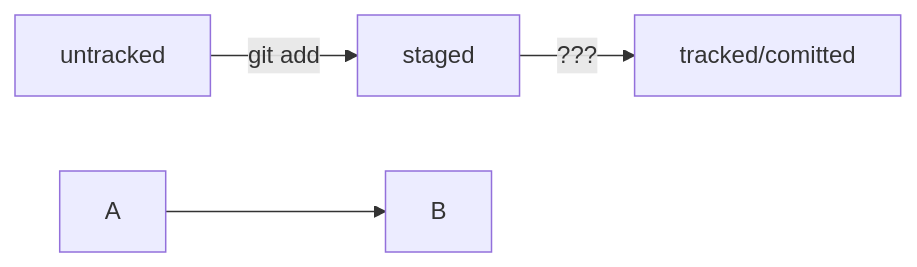
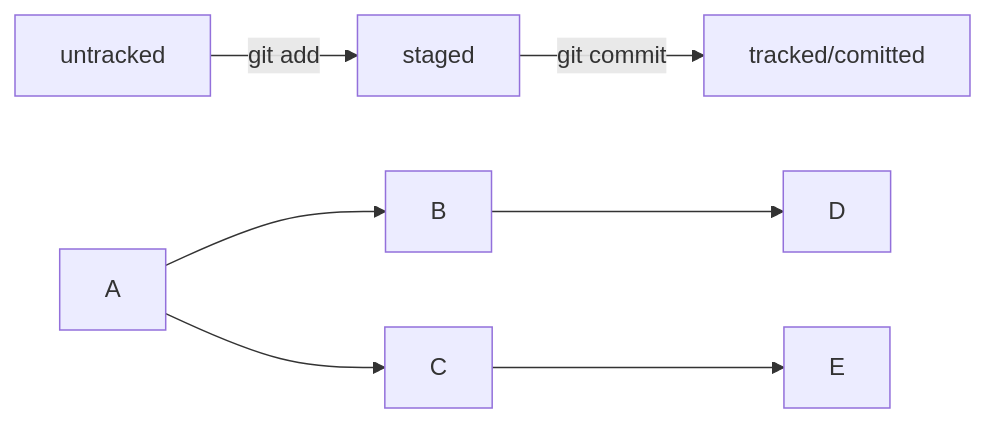
The diagram in readme.md (snKorolev/for_friend), drawn with Mermaid before and after one commit.

Commit message:
Заменить ? на git commit. Схема буквами.

````diff
--- a/readme.md
+++ b/readme.md
@@ -34,9 +34,12 @@
 ```mermaid
 %% описание схемы
 graph LR;
   untracked -- "git add" --> staged;
-  staged    -- "???"     --> tracked/comitted;
+  staged    -- "git commit"     --> tracked/comitted;
 
 %% стрелка без текста для примера: 
   A --> B;
+  A --> C;
+  B --> D;
+  C --> E;
 ```
````
